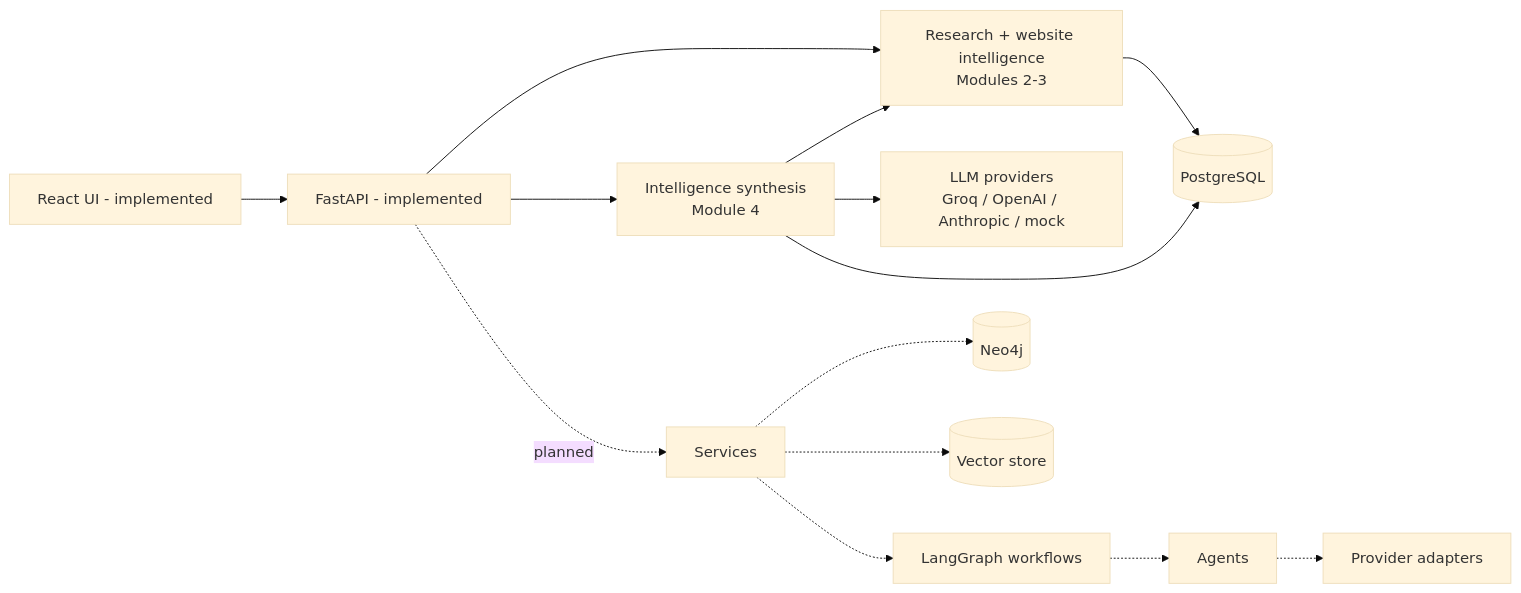
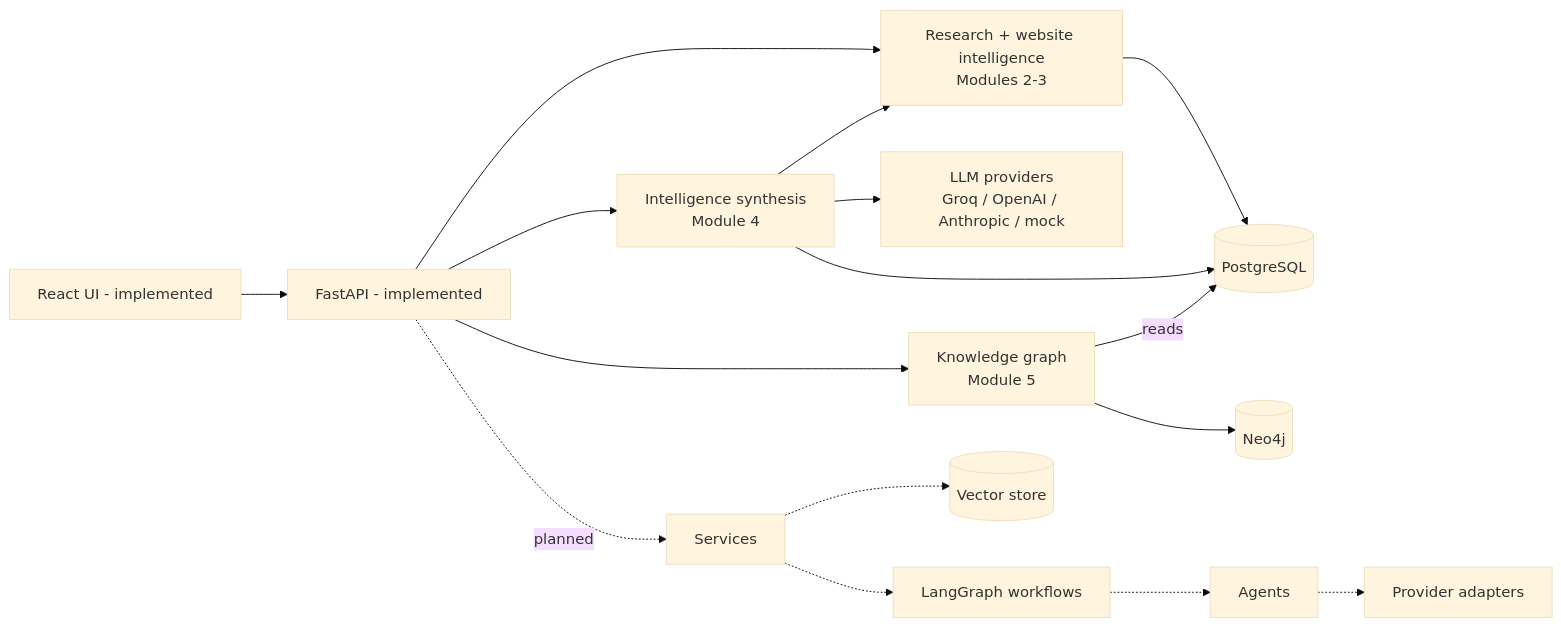
The diagram in docs/architecture.md (sushanth1551/Aurora), drawn with Mermaid (base theme) before and after one commit. The commit also changed other lines of this file and 50 other files, not shown here.

First line of the commit message:
feat: add knowledge graph projection with provenance (Module 5)

````diff
--- a/docs/architecture.md
+++ b/docs/architecture.md
@@ -21,16 +23,18 @@
 ```mermaid
 flowchart LR
   UI[React UI - implemented] --> API[FastAPI - implemented]
   API --> RS[Research + website intelligence<br/>Modules 2-3]
   API --> IS[Intelligence synthesis<br/>Module 4]
   IS --> LLM[LLM providers<br/>Groq / OpenAI / Anthropic / mock]
   IS --> RS
   RS --> PG[(PostgreSQL)]
   IS --> PG
+  API --> KG[Knowledge graph<br/>Module 5]
+  KG -->|reads| PG
+  KG --> N4[(Neo4j)]
   API -.planned.-> SVC[Services]
   SVC -.-> WF[LangGraph workflows]
   WF -.-> AG[Agents]
   AG -.-> TOOLS[Provider adapters]
-  SVC -.-> N4[(Neo4j)]
   SVC -.-> VEC[(Vector store)]
 ```
````
